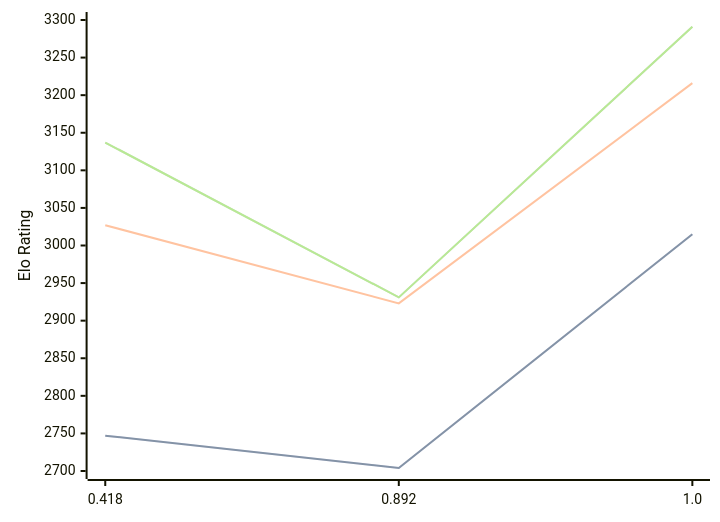
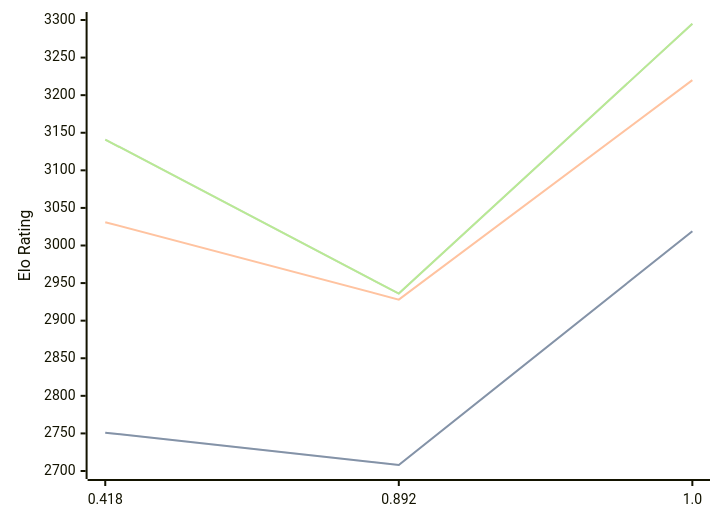
Before and after one commit to computer-chess-index/cci: the diagram in engines/Malika.md, drawn with Mermaid. The commit also changed other lines of this file, not shown here.

Commit message:
Update CCI Ratings (ELO VLTC) - 2026-04-18

````diff
--- a/engines/Malika.md
+++ b/engines/Malika.md
@@ -33,11 +33,11 @@
 ```mermaid
 %%{init: {"theme":"base","themeVariables":{"seriesColors:['#a3a3a3','#222221','#faa371']}}}%%
 xychart-beta
   x-axis ["0.418", "0.892", "1.0"]
   y-axis "Elo Rating" 2700 --> 3300
-  line "STC (8.0+0.08s)" [2747, 2704, 3015]
-  line "STC (8.0+0.08s)" [2747, 2704, 3015]
-  line "LTC (60.0+0.60s)" [3027, 2923, 3216]
-  line "VLTC (2m24s+1.12s)" [3137, 2931, 3291]
-  line "VLTC (2m24s+1.12s)" [3137, 2931, 3291]
+  line "STC (8.0+0.08s)" [2751, 2708, 3019]
+  line "STC (8.0+0.08s)" [2751, 2708, 3019]
+  line "LTC (60.0+0.60s)" [3031, 2928, 3220]
+  line "VLTC (2m24s+1.12s)" [3141, 2936, 3295]
+  line "VLTC (2m24s+1.12s)" [3141, 2936, 3295]
 ```
````
